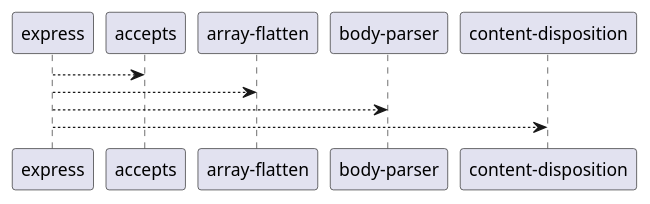
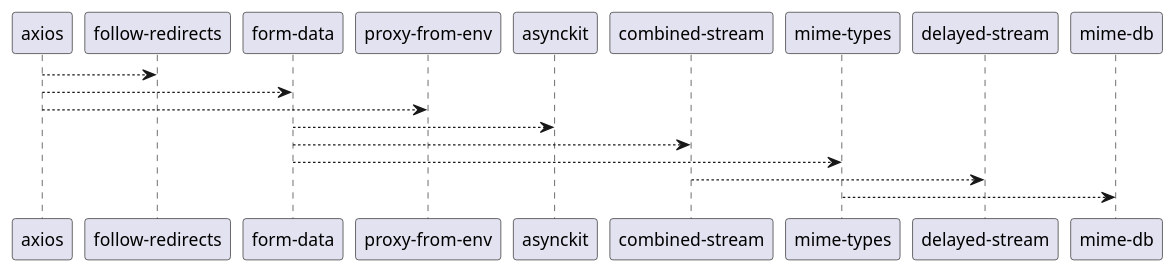
One commit to FIZZI-77/Config changed the diagram in hometask_2/graph.puml. Above: the diagram before and after it, drawn with PlantUML. The commit also changed 576 other files, not shown here.

```diff
--- a/hometask_2/graph.puml
+++ b/hometask_2/graph.puml
@@ -1,6 +1,10 @@
 @startuml
-"express" --> "accepts"
-"express" --> "array-flatten"
-"express" --> "body-parser"
-"express" --> "content-disposition"
+"axios" --> "follow-redirects"
+"axios" --> "form-data"
+"axios" --> "proxy-from-env"
+"form-data" --> "asynckit"
+"form-data" --> "combined-stream"
+"form-data" --> "mime-types"
+"combined-stream" --> "delayed-stream"
+"mime-types" --> "mime-db"
 @enduml
```
